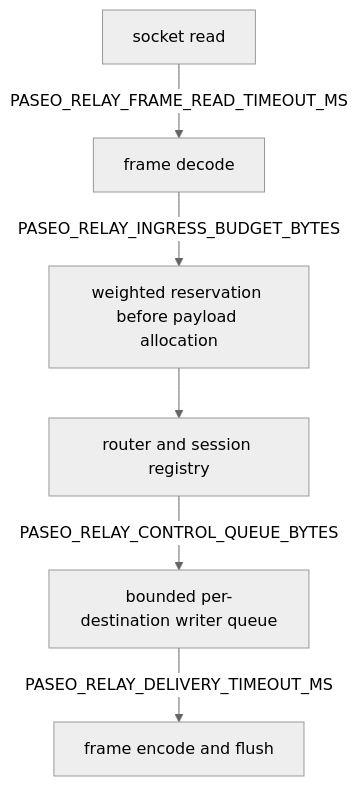
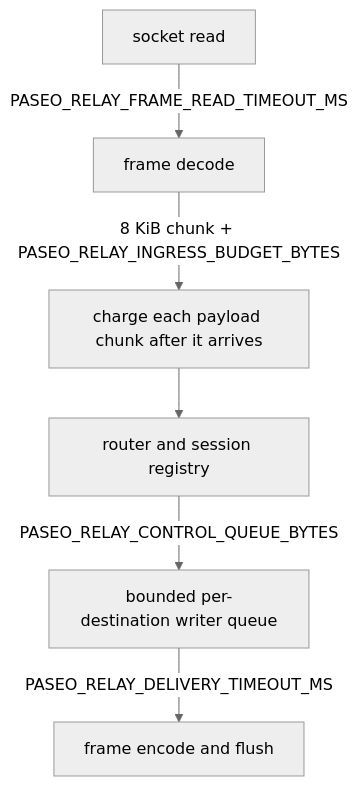
Before and after one commit to kfxhjz/paseo-relay: the diagram in docs/configuration.md, drawn with Mermaid (neutral theme). The commit also changed other lines of this file and 33 other files, not shown here.

````diff
--- a/docs/configuration.md
+++ b/docs/configuration.md
@@ -50,8 +53,8 @@
 ```mermaid
 flowchart TD
   A["socket read"] -->|"PASEO_RELAY_FRAME_READ_TIMEOUT_MS"| B["frame decode"]
-  B -->|"PASEO_RELAY_INGRESS_BUDGET_BYTES"| C["weighted reservation before payload allocation"]
+  B -->|"8 KiB chunk + PASEO_RELAY_INGRESS_BUDGET_BYTES"| C["charge each payload chunk after it arrives"]
   C --> D["router and session registry"]
   D -->|"PASEO_RELAY_CONTROL_QUEUE_BYTES"| E["bounded per-destination writer queue"]
   E -->|"PASEO_RELAY_DELIVERY_TIMEOUT_MS"| F["frame encode and flush"]
 ```
````
